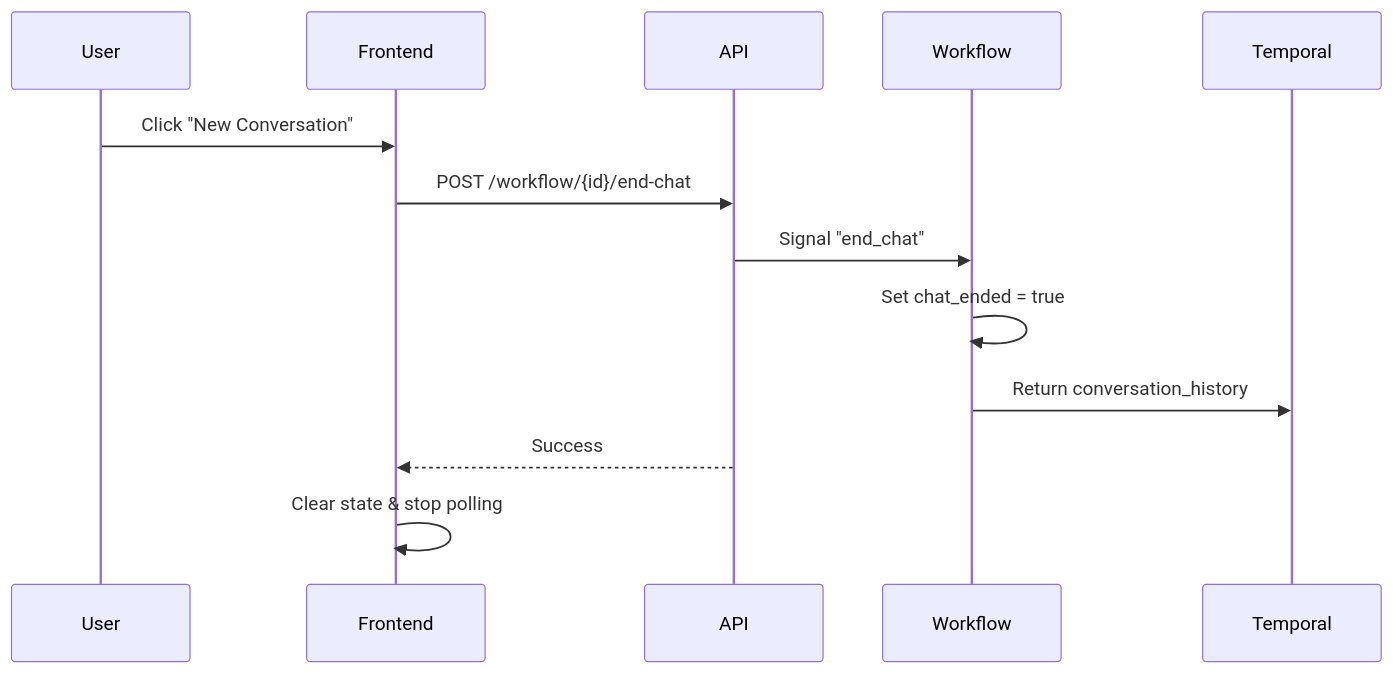
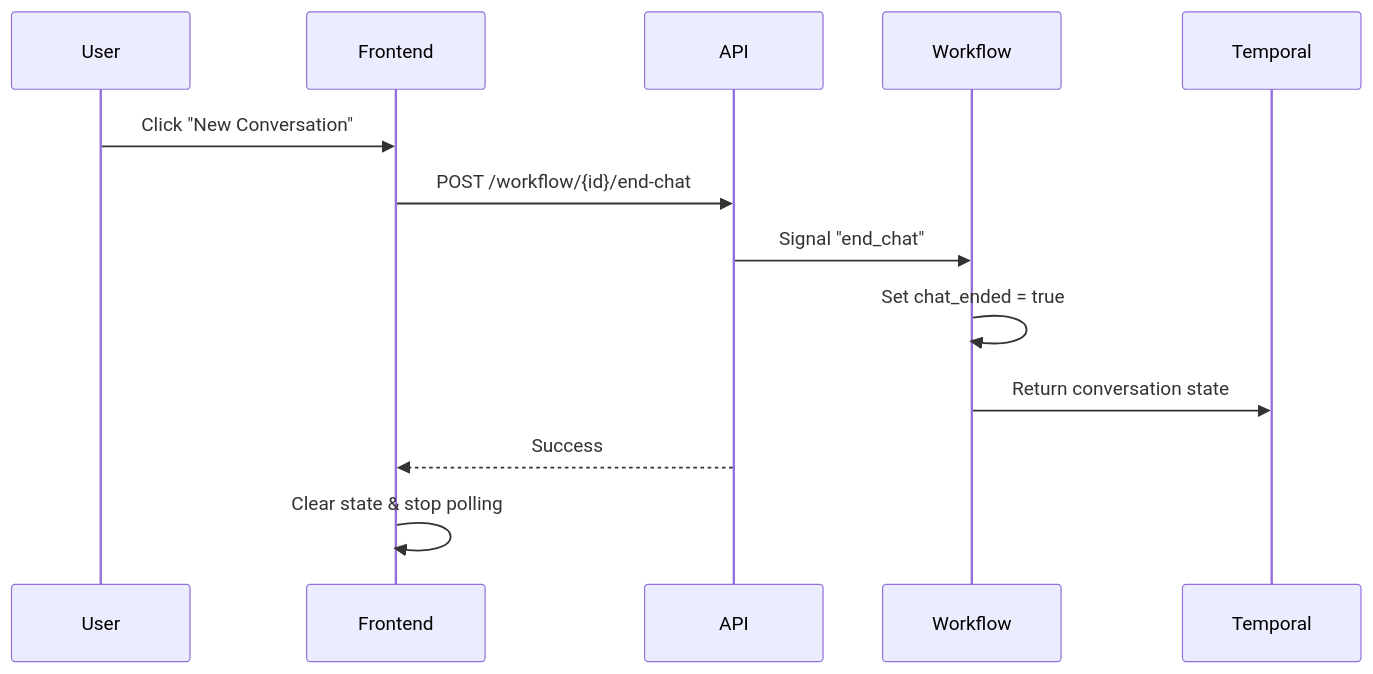
The fourth of 4 diagrams in docs/CLIENT_ARCHITECTURE.md (retroryan/durable-ai-agent), drawn with Mermaid before and after one commit. The commit also changed other lines of this file and 17 other files, not shown here.

````diff
--- a/docs/CLIENT_ARCHITECTURE.md
+++ b/docs/CLIENT_ARCHITECTURE.md
@@ -113,15 +120,15 @@
 ```mermaid
 sequenceDiagram
     participant User
     participant Frontend
     participant API
     participant Workflow
 
     User->>Frontend: Click "New Conversation"
     Frontend->>API: POST /workflow/{id}/end-chat
     API->>Workflow: Signal "end_chat"
     Workflow->>Workflow: Set chat_ended = true
-    Workflow->>Temporal: Return conversation_history
+    Workflow->>Temporal: Return conversation state
     API-->>Frontend: Success
     Frontend->>Frontend: Clear state & stop polling
 ```
````
